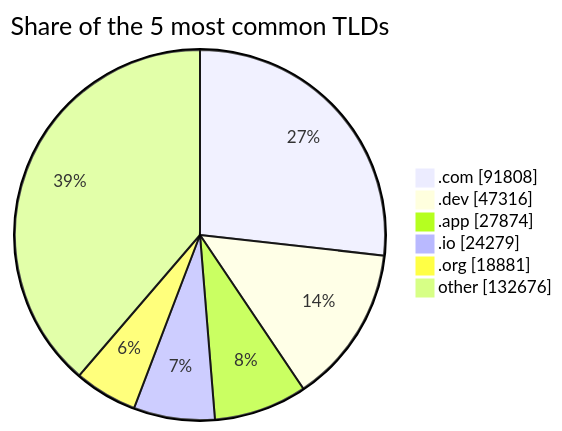
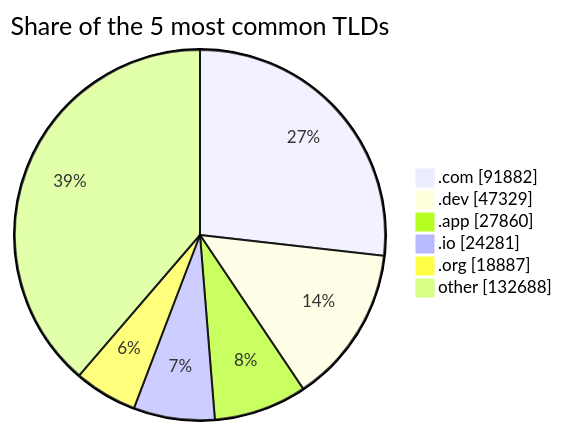
One commit to DNSBunker/CTI changed the third of 3 diagrams in README.md. Above: the diagram before and after it, drawn with Mermaid. The commit also changed other lines of this file and 3 other files, not shown here.

````diff
--- a/README.md
+++ b/README.md
@@ -81,9 +81,9 @@
 ```mermaid
 pie showData title Share of the 5 most common TLDs
-    ".com" : 91808
-    ".dev" : 47316
-    ".app" : 27874
-    ".io" : 24279
-    ".org" : 18881
-    "other" : 132676
+    ".com" : 91882
+    ".dev" : 47329
+    ".app" : 27860
+    ".io" : 24281
+    ".org" : 18887
+    "other" : 132688
 ```
````
